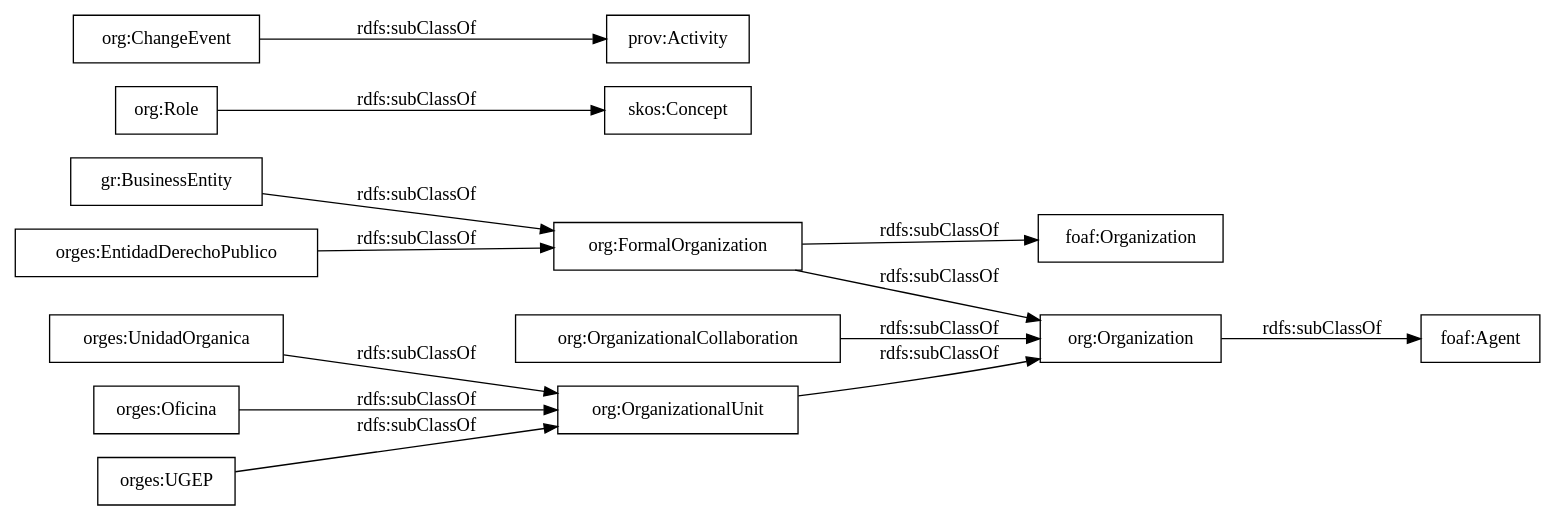
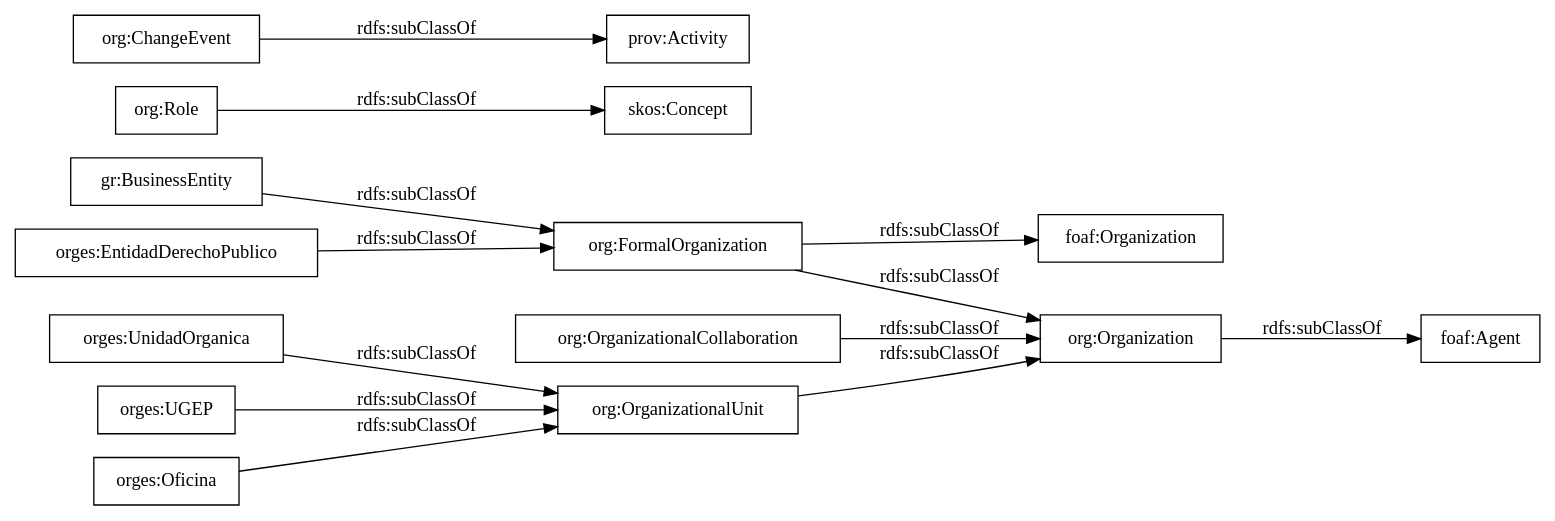
Before and after one commit to opencitydata/sector-publico-organismos: the diagram in OnToology/organizacion.owl/diagrams/ar2dtool-taxonomy/organizacion.owl.png.dot, drawn with Graphviz. The commit also changed 23 other files, not shown here.

```diff
--- a/OnToology/organizacion.owl/diagrams/ar2dtool-taxonomy/organizacion.owl.png.dot
+++ b/OnToology/organizacion.owl/diagrams/ar2dtool-taxonomy/organizacion.owl.png.dot
@@ -1,18 +1,18 @@
 digraph ar2dtool_diagram { 
 rankdir=LR;
 size="1000"
-node [shape = rectangle, color="black"]; "orges:UnidadOrganica" "orges:EntidadDerechoPublico" "orges:Oficina" "orges:UGEP" "org:FormalOrganization" "org:OrganizationalCollaboration" "org:Organization" "org:Role" "org:OrganizationalUnit" "org:ChangeEvent" ; /*classes style*/
+node [shape = rectangle, color="black"]; "orges:UnidadOrganica" "orges:UGEP" "orges:Oficina" "orges:EntidadDerechoPublico" "org:FormalOrganization" "org:OrganizationalCollaboration" "org:Organization" "org:Role" "org:OrganizationalUnit" "org:ChangeEvent" ; /*classes style*/
 	"gr:BusinessEntity" -> "org:FormalOrganization" [ label = "rdfs:subClassOf" ];
 	"org:Organization" -> "foaf:Agent" [ label = "rdfs:subClassOf" ];
-	"orges:UGEP" -> "org:OrganizationalUnit" [ label = "rdfs:subClassOf" ];
+	"orges:Oficina" -> "org:OrganizationalUnit" [ label = "rdfs:subClassOf" ];
 	"org:Role" -> "skos:Concept" [ label = "rdfs:subClassOf" ];
 	"org:ChangeEvent" -> "prov:Activity" [ label = "rdfs:subClassOf" ];
-	"orges:Oficina" -> "org:OrganizationalUnit" [ label = "rdfs:subClassOf" ];
+	"orges:UGEP" -> "org:OrganizationalUnit" [ label = "rdfs:subClassOf" ];
 	"org:FormalOrganization" -> "org:Organization" [ label = "rdfs:subClassOf" ];
 	"org:FormalOrganization" -> "foaf:Organization" [ label = "rdfs:subClassOf" ];
 	"orges:EntidadDerechoPublico" -> "org:FormalOrganization" [ label = "rdfs:subClassOf" ];
 	"org:OrganizationalCollaboration" -> "org:Organization" [ label = "rdfs:subClassOf" ];
 	"orges:UnidadOrganica" -> "org:OrganizationalUnit" [ label = "rdfs:subClassOf" ];
 	"org:OrganizationalUnit" -> "org:Organization" [ label = "rdfs:subClassOf" ];
 
 }
```
